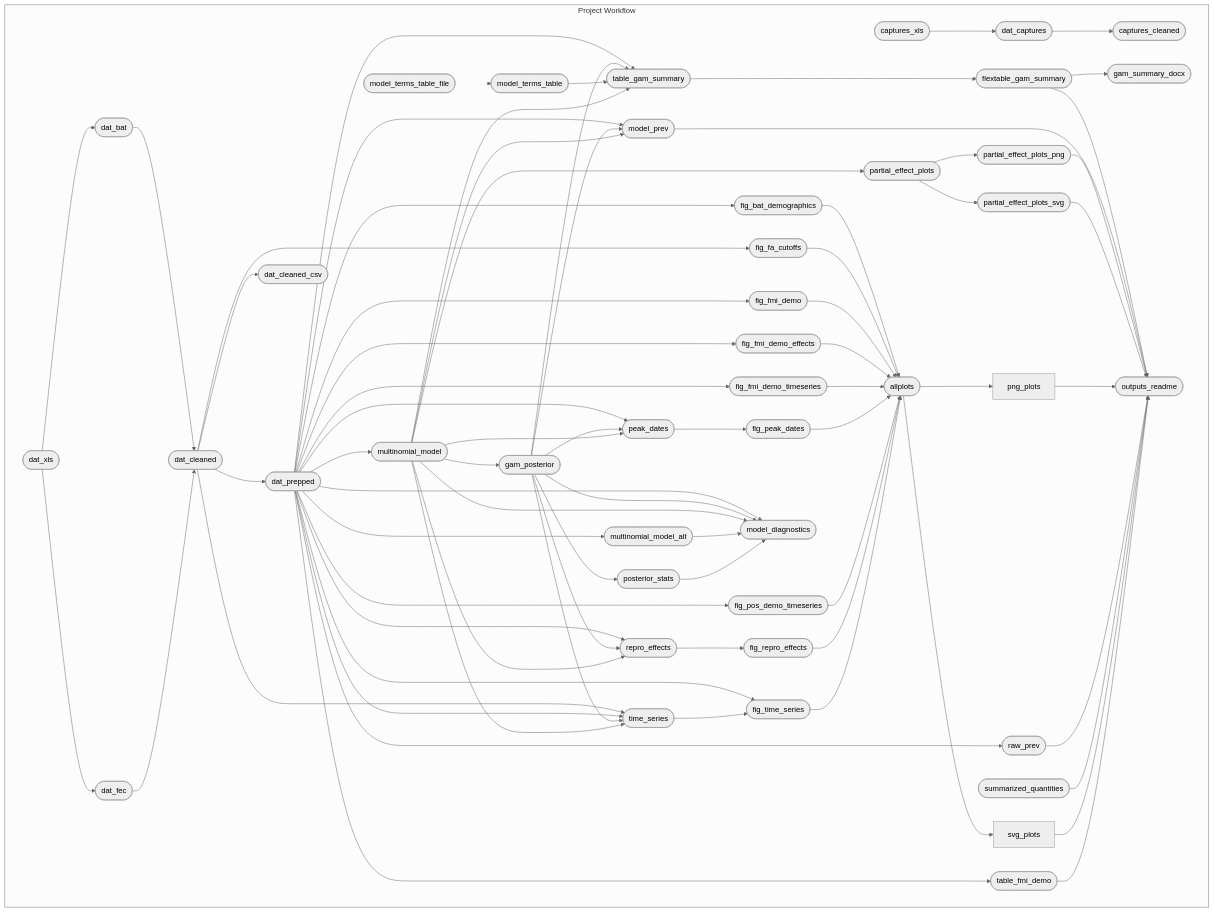
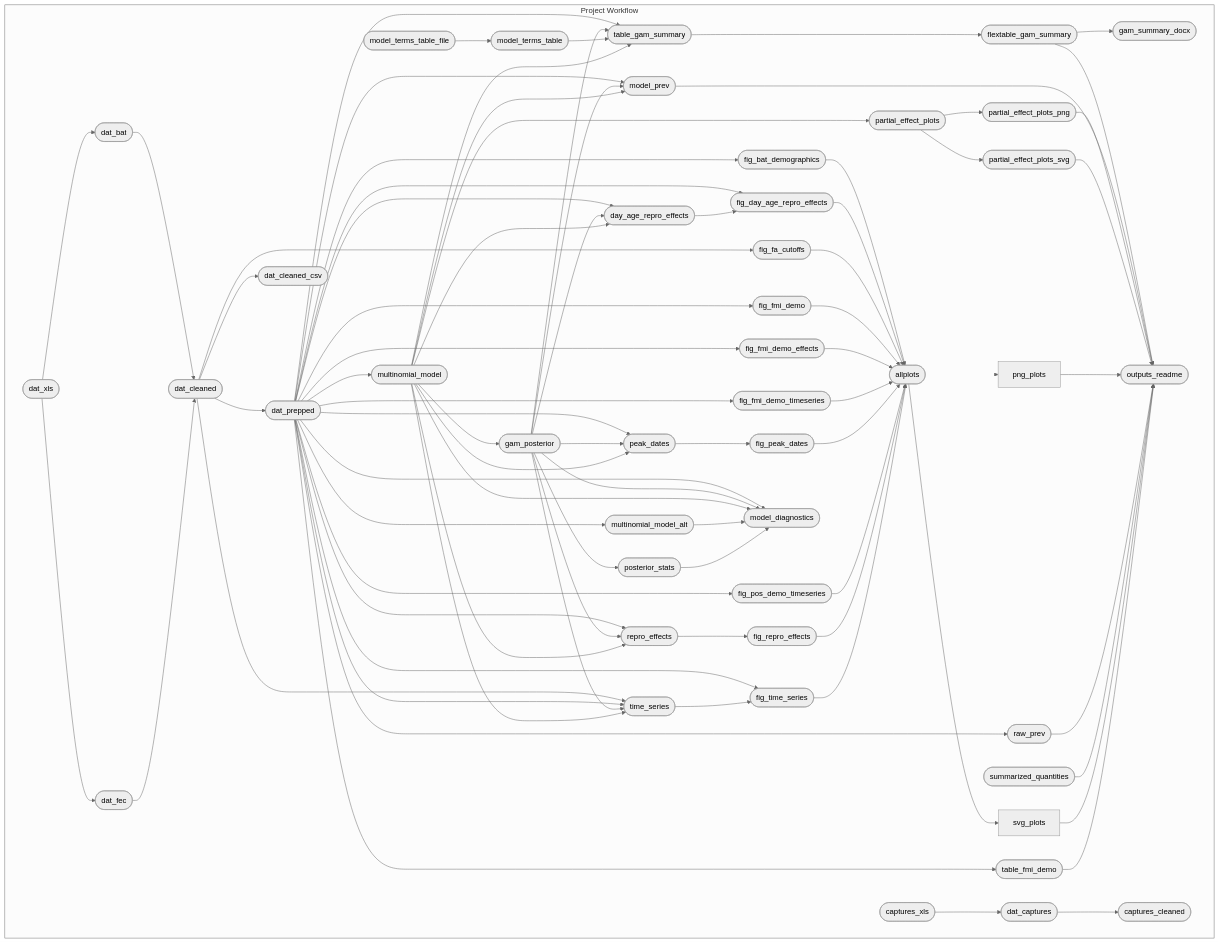
Before and after one commit to ecohealthalliance/sabrenet-rousettus-dynamics: the diagram in README.md, drawn with Mermaid (neutral theme). The commit also changed other lines of this file and 17 other files, not shown here.

Commit message:
Add day/age/repro effects as new Figure 4

````diff
--- a/README.md
+++ b/README.md
@@ -43,37 +43,36 @@
 graph LR
 subgraph Project Workflow
     direction LR
-    xe2bed16893714ed7(["model_terms_table_file"]):::skipped --> x5ad18f0d36408418(["model_terms_table"]):::skipped
-    xe415b5066c557652(["peak_dates"]):::queued --> x0905a3e9b9cae3b2(["fig_peak_dates"]):::queued
-    x4a5cfaffa1d0e789(["dat_prepped"]):::queued --> x50a3b768b5746682(["fig_pos_demo_timeseries"]):::queued
-    x6cf5d6dc2e05a667(["dat_bat"]):::skipped --> xba784c3a136c631a(["dat_cleaned"]):::queued
-    x733041ef94e8d4a9(["dat_fec"]):::skipped --> xba784c3a136c631a(["dat_cleaned"]):::queued
+    x798304d337dd8ea1(["allplots"]):::queued --> x0b04ba823e0b5eec["png_plots"]:::queued
+    x023bc1d70802c4e1(["multinomial_model"]):::queued --> xa8aa782838af3774(["partial_effect_plots"]):::queued
     x4a5cfaffa1d0e789(["dat_prepped"]):::queued --> xe3a4a17736576ba6(["fig_time_series"]):::queued
     xf22c729b71100575(["time_series"]):::queued --> xe3a4a17736576ba6(["fig_time_series"]):::queued
-    x4a5cfaffa1d0e789(["dat_prepped"]):::queued --> x023bc1d70802c4e1(["multinomial_model"]):::queued
     x4a5cfaffa1d0e789(["dat_prepped"]):::queued --> x90dc8aa96b6ba82f(["repro_effects"]):::queued
     x89c8b8fe66c39f8c(["gam_posterior"]):::queued --> x90dc8aa96b6ba82f(["repro_effects"]):::queued
     x023bc1d70802c4e1(["multinomial_model"]):::queued --> x90dc8aa96b6ba82f(["repro_effects"]):::queued
-    x5f01ca798133c2d4(["table_gam_summary"]):::queued --> x2d7bbbb9a4c3fe9d(["flextable_gam_summary"]):::queued
+    x89c8b8fe66c39f8c(["gam_posterior"]):::queued --> x48dd96190e644d8f(["posterior_stats"]):::queued
+    x4a5cfaffa1d0e789(["dat_prepped"]):::queued --> x758ab9da0ef7a894(["day_age_repro_effects"]):::queued
+    x89c8b8fe66c39f8c(["gam_posterior"]):::queued --> x758ab9da0ef7a894(["day_age_repro_effects"]):::queued
+    x023bc1d70802c4e1(["multinomial_model"]):::queued --> x758ab9da0ef7a894(["day_age_repro_effects"]):::queued
+    xb354ea9be719f8bb(["captures_xls"]):::skipped --> xe05634441492d438(["dat_captures"]):::skipped
+    x4a5cfaffa1d0e789(["dat_prepped"]):::queued --> x36718e65b0da26db(["fig_day_age_repro_effects"]):::queued
+    x758ab9da0ef7a894(["day_age_repro_effects"]):::queued --> x36718e65b0da26db(["fig_day_age_repro_effects"]):::queued
+    x798304d337dd8ea1(["allplots"]):::queued --> xbbcceea2cdf8d3f7["svg_plots"]:::queued
+    x4a5cfaffa1d0e789(["dat_prepped"]):::queued --> x26018ab47272d583(["multinomial_model_alt"]):::queued
+    x4a5cfaffa1d0e789(["dat_prepped"]):::queued --> xdf15caacba83d075(["raw_prev"]):::queued
+    x4a5cfaffa1d0e789(["dat_prepped"]):::queued --> x23873f9d63594e23(["fig_fmi_demo"]):::queued
+    x4a5cfaffa1d0e789(["dat_prepped"]):::queued --> x4ee8fa2dac97ae88(["fig_fmi_demo_effects"]):::queued
+    xc2117931d245afce(["dat_xls"]):::skipped --> x733041ef94e8d4a9(["dat_fec"]):::skipped
+    xc2117931d245afce(["dat_xls"]):::skipped --> x6cf5d6dc2e05a667(["dat_bat"]):::skipped
+    x023bc1d70802c4e1(["multinomial_model"]):::queued --> x89c8b8fe66c39f8c(["gam_posterior"]):::queued
+    x4a5cfaffa1d0e789(["dat_prepped"]):::queued --> x50a3b768b5746682(["fig_pos_demo_timeseries"]):::queued
+    xe415b5066c557652(["peak_dates"]):::queued --> x0905a3e9b9cae3b2(["fig_peak_dates"]):::queued
+    x6cf5d6dc2e05a667(["dat_bat"]):::skipped --> xba784c3a136c631a(["dat_cleaned"]):::queued
+    x733041ef94e8d4a9(["dat_fec"]):::skipped --> xba784c3a136c631a(["dat_cleaned"]):::queued
     x4a5cfaffa1d0e789(["dat_prepped"]):::queued --> xf268c53ef67145e5(["table_fmi_demo"]):::queued
-    x4a5cfaffa1d0e789(["dat_prepped"]):::queued --> x5f01ca798133c2d4(["table_gam_summary"]):::queued
-    x89c8b8fe66c39f8c(["gam_posterior"]):::queued --> x5f01ca798133c2d4(["table_gam_summary"]):::queued
-    x5ad18f0d36408418(["model_terms_table"]):::skipped --> x5f01ca798133c2d4(["table_gam_summary"]):::queued
-    x023bc1d70802c4e1(["multinomial_model"]):::queued --> x5f01ca798133c2d4(["table_gam_summary"]):::queued
-    x798304d337dd8ea1(["allplots"]):::queued --> xbbcceea2cdf8d3f7["svg_plots"]:::queued
-    x4a5cfaffa1d0e789(["dat_prepped"]):::queued --> xe415b5066c557652(["peak_dates"]):::queued
-    x89c8b8fe66c39f8c(["gam_posterior"]):::queued --> xe415b5066c557652(["peak_dates"]):::queued
-    x023bc1d70802c4e1(["multinomial_model"]):::queued --> xe415b5066c557652(["peak_dates"]):::queued
-    xba784c3a136c631a(["dat_cleaned"]):::queued --> x4a5cfaffa1d0e789(["dat_prepped"]):::queued
-    xa8aa782838af3774(["partial_effect_plots"]):::queued --> x62025a0def5a4707(["partial_effect_plots_svg"]):::queued
-    x90dc8aa96b6ba82f(["repro_effects"]):::queued --> x9f1bab82f5a7def2(["fig_repro_effects"]):::queued
-    xe05634441492d438(["dat_captures"]):::skipped --> x370906d20a0ac4c5(["captures_cleaned"]):::queued
-    x4a5cfaffa1d0e789(["dat_prepped"]):::queued --> x26018ab47272d583(["multinomial_model_alt"]):::queued
     x2d7bbbb9a4c3fe9d(["flextable_gam_summary"]):::queued --> x7998bc630ab92bda(["gam_summary_docx"]):::queued
-    x4a5cfaffa1d0e789(["dat_prepped"]):::queued --> x4ee8fa2dac97ae88(["fig_fmi_demo_effects"]):::queued
-    xa8aa782838af3774(["partial_effect_plots"]):::queued --> x4426e7f0707b13f1(["partial_effect_plots_png"]):::queued
-    x4a5cfaffa1d0e789(["dat_prepped"]):::queued --> x7a7f43da56388c67(["fig_bat_demographics"]):::queued
     x7a7f43da56388c67(["fig_bat_demographics"]):::queued --> x798304d337dd8ea1(["allplots"]):::queued
+    x36718e65b0da26db(["fig_day_age_repro_effects"]):::queued --> x798304d337dd8ea1(["allplots"]):::queued
     x90f3a96af7e5a0fc(["fig_fa_cutoffs"]):::queued --> x798304d337dd8ea1(["allplots"]):::queued
     x23873f9d63594e23(["fig_fmi_demo"]):::queued --> x798304d337dd8ea1(["allplots"]):::queued
     x4ee8fa2dac97ae88(["fig_fmi_demo_effects"]):::queued --> x798304d337dd8ea1(["allplots"]):::queued
@@ -82,18 +81,15 @@
     x50a3b768b5746682(["fig_pos_demo_timeseries"]):::queued --> x798304d337dd8ea1(["allplots"]):::queued
     x9f1bab82f5a7def2(["fig_repro_effects"]):::queued --> x798304d337dd8ea1(["allplots"]):::queued
     xe3a4a17736576ba6(["fig_time_series"]):::queued --> x798304d337dd8ea1(["allplots"]):::queued
-    x89c8b8fe66c39f8c(["gam_posterior"]):::queued --> x48dd96190e644d8f(["posterior_stats"]):::queued
-    xc2117931d245afce(["dat_xls"]):::skipped --> x6cf5d6dc2e05a667(["dat_bat"]):::skipped
-    xc2117931d245afce(["dat_xls"]):::skipped --> x733041ef94e8d4a9(["dat_fec"]):::skipped
-    x798304d337dd8ea1(["allplots"]):::queued --> x0b04ba823e0b5eec["png_plots"]:::queued
-    xba784c3a136c631a(["dat_cleaned"]):::queued --> x90f3a96af7e5a0fc(["fig_fa_cutoffs"]):::queued
-    x4a5cfaffa1d0e789(["dat_prepped"]):::queued --> x1e7dc8900c0252af(["model_diagnostics"]):::queued
-    x89c8b8fe66c39f8c(["gam_posterior"]):::queued --> x1e7dc8900c0252af(["model_diagnostics"]):::queued
-    x023bc1d70802c4e1(["multinomial_model"]):::queued --> x1e7dc8900c0252af(["model_diagnostics"]):::queued
-    x26018ab47272d583(["multinomial_model_alt"]):::queued --> x1e7dc8900c0252af(["model_diagnostics"]):::queued
-    x48dd96190e644d8f(["posterior_stats"]):::queued --> x1e7dc8900c0252af(["model_diagnostics"]):::queued
-    x4a5cfaffa1d0e789(["dat_prepped"]):::queued --> x80ade130098abb0f(["fig_fmi_demo_timeseries"]):::queued
-    x4a5cfaffa1d0e789(["dat_prepped"]):::queued --> xdf15caacba83d075(["raw_prev"]):::queued
+    x4a5cfaffa1d0e789(["dat_prepped"]):::queued --> xe415b5066c557652(["peak_dates"]):::queued
+    x89c8b8fe66c39f8c(["gam_posterior"]):::queued --> xe415b5066c557652(["peak_dates"]):::queued
+    x023bc1d70802c4e1(["multinomial_model"]):::queued --> xe415b5066c557652(["peak_dates"]):::queued
+    xba784c3a136c631a(["dat_cleaned"]):::queued --> x4a5cfaffa1d0e789(["dat_prepped"]):::queued
+    xe2bed16893714ed7(["model_terms_table_file"]):::skipped --> x5ad18f0d36408418(["model_terms_table"]):::queued
+    xa8aa782838af3774(["partial_effect_plots"]):::queued --> x4426e7f0707b13f1(["partial_effect_plots_png"]):::queued
+    xa8aa782838af3774(["partial_effect_plots"]):::queued --> x62025a0def5a4707(["partial_effect_plots_svg"]):::queued
+    x90dc8aa96b6ba82f(["repro_effects"]):::queued --> x9f1bab82f5a7def2(["fig_repro_effects"]):::queued
+    x4a5cfaffa1d0e789(["dat_prepped"]):::queued --> x7a7f43da56388c67(["fig_bat_demographics"]):::queued
     x2d7bbbb9a4c3fe9d(["flextable_gam_summary"]):::queued --> xbda0fd67e19f73bc(["outputs_readme"]):::queued
     x67d4d2e6dfa8bf90(["model_prev"]):::queued --> xbda0fd67e19f73bc(["outputs_readme"]):::queued
     x4426e7f0707b13f1(["partial_effect_plots_png"]):::queued --> xbda0fd67e19f73bc(["outputs_readme"]):::queued
@@ -103,18 +99,28 @@
     x07b56d1fbca21cf3(["summarized_quantities"]):::skipped --> xbda0fd67e19f73bc(["outputs_readme"]):::queued
     xbbcceea2cdf8d3f7["svg_plots"]:::queued --> xbda0fd67e19f73bc(["outputs_readme"]):::queued
     xf268c53ef67145e5(["table_fmi_demo"]):::queued --> xbda0fd67e19f73bc(["outputs_readme"]):::queued
-    x4a5cfaffa1d0e789(["dat_prepped"]):::queued --> x23873f9d63594e23(["fig_fmi_demo"]):::queued
-    x023bc1d70802c4e1(["multinomial_model"]):::queued --> x89c8b8fe66c39f8c(["gam_posterior"]):::queued
-    x023bc1d70802c4e1(["multinomial_model"]):::queued --> xa8aa782838af3774(["partial_effect_plots"]):::queued
+    x4a5cfaffa1d0e789(["dat_prepped"]):::queued --> x5f01ca798133c2d4(["table_gam_summary"]):::queued
+    x89c8b8fe66c39f8c(["gam_posterior"]):::queued --> x5f01ca798133c2d4(["table_gam_summary"]):::queued
+    x5ad18f0d36408418(["model_terms_table"]):::queued --> x5f01ca798133c2d4(["table_gam_summary"]):::queued
+    x023bc1d70802c4e1(["multinomial_model"]):::queued --> x5f01ca798133c2d4(["table_gam_summary"]):::queued
+    xba784c3a136c631a(["dat_cleaned"]):::queued --> x90f3a96af7e5a0fc(["fig_fa_cutoffs"]):::queued
+    xe05634441492d438(["dat_captures"]):::skipped --> x370906d20a0ac4c5(["captures_cleaned"]):::queued
+    x4a5cfaffa1d0e789(["dat_prepped"]):::queued --> x023bc1d70802c4e1(["multinomial_model"]):::queued
+    xba784c3a136c631a(["dat_cleaned"]):::queued --> xdb44d218f76593df(["dat_cleaned_csv"]):::queued
+    x4a5cfaffa1d0e789(["dat_prepped"]):::queued --> x67d4d2e6dfa8bf90(["model_prev"]):::queued
+    x89c8b8fe66c39f8c(["gam_posterior"]):::queued --> x67d4d2e6dfa8bf90(["model_prev"]):::queued
+    x023bc1d70802c4e1(["multinomial_model"]):::queued --> x67d4d2e6dfa8bf90(["model_prev"]):::queued
+    x5f01ca798133c2d4(["table_gam_summary"]):::queued --> x2d7bbbb9a4c3fe9d(["flextable_gam_summary"]):::queued
+    x4a5cfaffa1d0e789(["dat_prepped"]):::queued --> x1e7dc8900c0252af(["model_diagnostics"]):::queued
+    x89c8b8fe66c39f8c(["gam_posterior"]):::queued --> x1e7dc8900c0252af(["model_diagnostics"]):::queued
+    x023bc1d70802c4e1(["multinomial_model"]):::queued --> x1e7dc8900c0252af(["model_diagnostics"]):::queued
+    x26018ab47272d583(["multinomial_model_alt"]):::queued --> x1e7dc8900c0252af(["model_diagnostics"]):::queued
+    x48dd96190e644d8f(["posterior_stats"]):::queued --> x1e7dc8900c0252af(["model_diagnostics"]):::queued
     xba784c3a136c631a(["dat_cleaned"]):::queued --> xf22c729b71100575(["time_series"]):::queued
     x4a5cfaffa1d0e789(["dat_prepped"]):::queued --> xf22c729b71100575(["time_series"]):::queued
     x89c8b8fe66c39f8c(["gam_posterior"]):::queued --> xf22c729b71100575(["time_series"]):::queued
     x023bc1d70802c4e1(["multinomial_model"]):::queued --> xf22c729b71100575(["time_series"]):::queued
-    xba784c3a136c631a(["dat_cleaned"]):::queued --> xdb44d218f76593df(["dat_cleaned_csv"]):::queued
-    x4a5cfaffa1d0e789(["dat_prepped"]):::queued --> x67d4d2e6dfa8bf90(["model_prev"]):::queued
-    x89c8b8fe66c39f8c(["gam_posterior"]):::queued --> x67d4d2e6dfa8bf90(["model_prev"]):::queued
-    x023bc1d70802c4e1(["multinomial_model"]):::queued --> x67d4d2e6dfa8bf90(["model_prev"]):::queued
-    xb354ea9be719f8bb(["captures_xls"]):::skipped --> xe05634441492d438(["dat_captures"]):::skipped
+    x4a5cfaffa1d0e789(["dat_prepped"]):::queued --> x80ade130098abb0f(["fig_fmi_demo_timeseries"]):::queued
   end
 linkStyle 0 stroke-width:0px;
 ```
````
